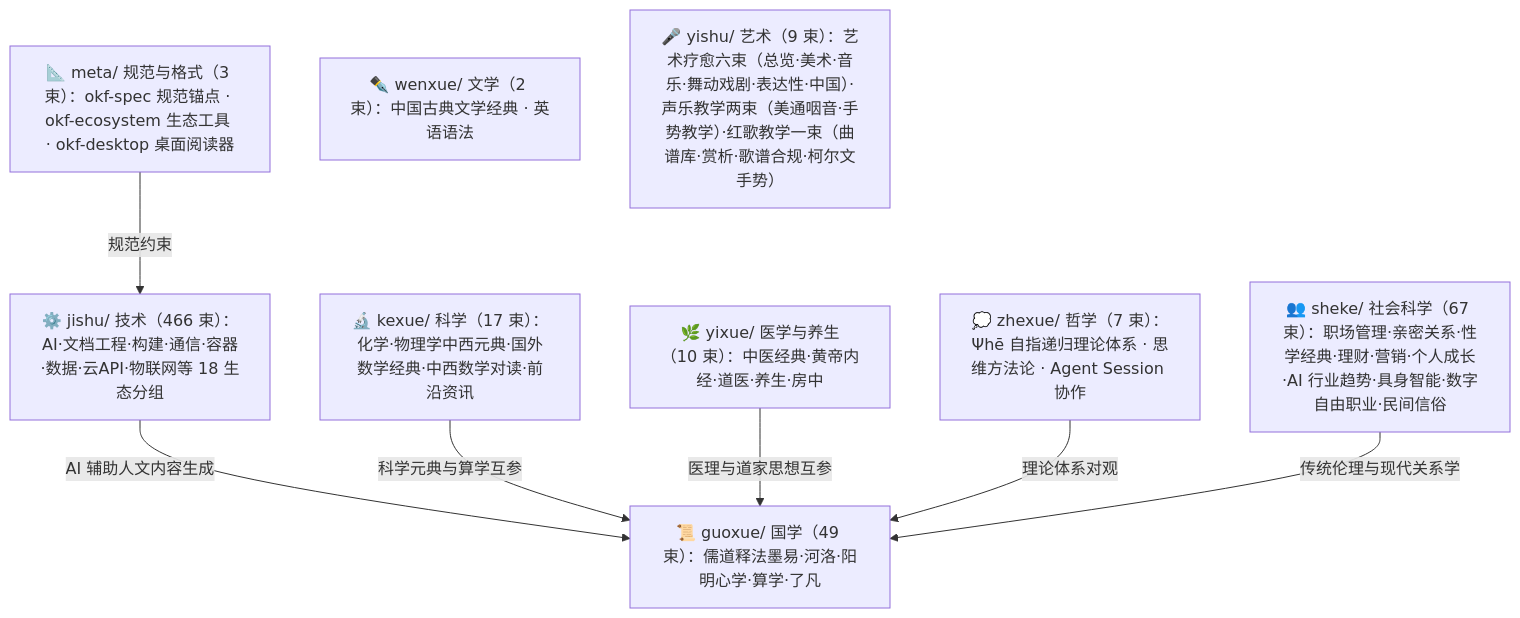
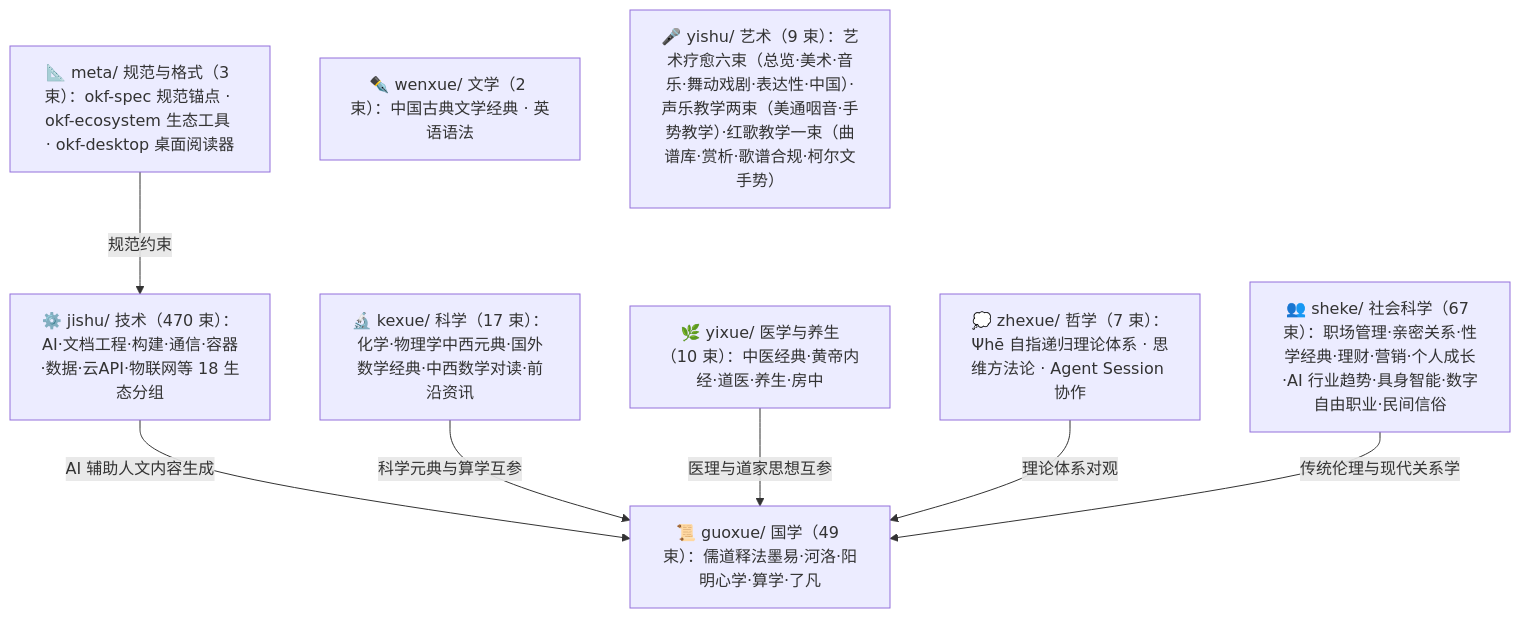
One commit to awesome-flexloop/awesome-okf changed the diagram in doc/bundles/index.md. Above: the diagram before and after it, drawn with Mermaid. The commit also changed other lines of this file and 3 other files, not shown here.

````diff
--- a/doc/bundles/index.md
+++ b/doc/bundles/index.md
@@ -21,18 +21,18 @@
 ```mermaid
 flowchart TD
     meta["📐 meta/ 规范与格式（3 束）：okf-spec 规范锚点 · okf-ecosystem 生态工具 · okf-desktop 桌面阅读器"]
     guoxue["📜 guoxue/ 国学（49 束）：儒道释法墨易·河洛·阳明心学·算学·了凡"]
     zhexue["💭 zhexue/ 哲学（7 束）：Ψhē 自指递归理论体系 · 思维方法论 · Agent Session 协作"]
     kexue["🔬 kexue/ 科学（17 束）：化学·物理学中西元典·国外数学经典·中西数学对读·前沿资讯"]
     wenxue["✒️ wenxue/ 文学（2 束）：中国古典文学经典 · 英语语法"]
     yixue["🌿 yixue/ 医学与养生（10 束）：中医经典·黄帝内经·道医·养生·房中"]
     sheke["👥 sheke/ 社会科学（67 束）：职场管理·亲密关系·性学经典·理财·营销·个人成长·AI 行业趋势·具身智能·数字自由职业·民间信俗"]
     yishu["🎤 yishu/ 艺术（9 束）：艺术疗愈六束（总览·美术·音乐·舞动戏剧·表达性·中国）·声乐教学两束（美通咽音·手势教学）·红歌教学一束（曲谱库·赏析·歌谱合规·柯尔文手势）"]
-    jishu["⚙️ jishu/ 技术（466 束）：AI·文档工程·构建·通信·容器·数据·云API·物联网等 18 生态分组"]
+    jishu["⚙️ jishu/ 技术（470 束）：AI·文档工程·构建·通信·容器·数据·云API·物联网等 18 生态分组"]
     meta -->|"规范约束"| jishu
     jishu -->|"AI 辅助人文内容生成"| guoxue
     kexue -->|"科学元典与算学互参"| guoxue
     yixue -->|"医理与道家思想互参"| guoxue
     zhexue -->|"理论体系对观"| guoxue
     sheke -->|"传统伦理与现代关系学"| guoxue
 ```
````
